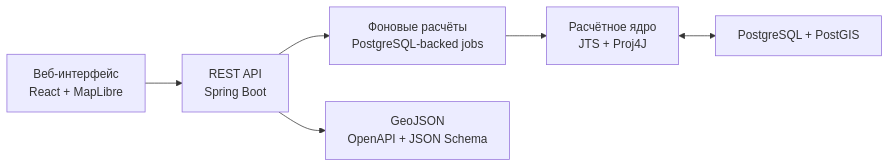
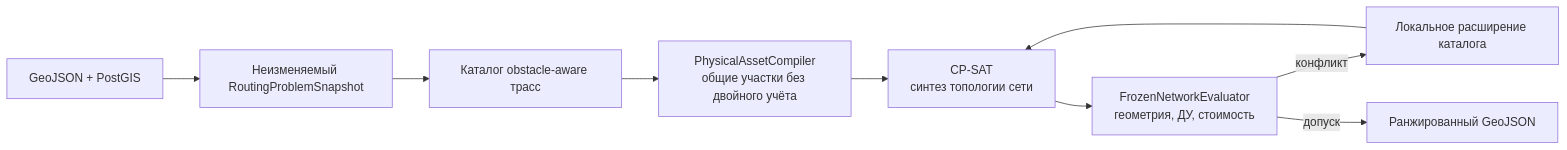
One commit to msmrc/heatroute-lct-2026 changed the diagram in README.md. Above: the diagram before and after it, drawn with Mermaid. The commit also changed other lines of this file and 66 other files, not shown here.

````diff
--- a/README.md
+++ b/README.md
@@ -42,8 +32,11 @@
 ```mermaid
 flowchart LR
-    UI["Веб-интерфейс<br/>React + MapLibre"] --> API["REST API<br/>Spring Boot"]
-    API --> JOBS["Фоновые расчёты<br/>PostgreSQL-backed jobs"]
-    JOBS --> CORE["Расчётное ядро<br/>JTS + Proj4J"]
-    CORE <--> DB["PostgreSQL + PostGIS"]
-    API --> EXPORT["GeoJSON<br/>OpenAPI + JSON Schema"]
+    A["GeoJSON + PostGIS"] --> B["Неизменяемый RoutingProblemSnapshot"]
+    B --> C["Каталог obstacle-aware трасс"]
+    C --> D["PhysicalAssetCompiler<br/>общие участки без двойного учёта"]
+    D --> E["CP-SAT<br/>синтез топологии сети"]
+    E --> F["FrozenNetworkEvaluator<br/>геометрия, ДУ, стоимость"]
+    F -->|конфликт| G["Локальное расширение каталога"]
+    G --> E
+    F -->|допуск| H["Ранжированный GeoJSON"]
 ```
````
